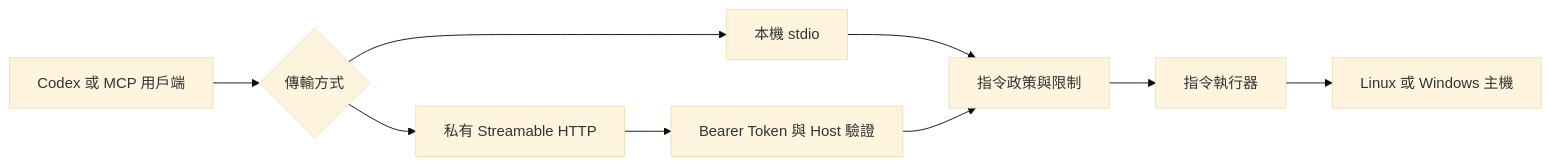
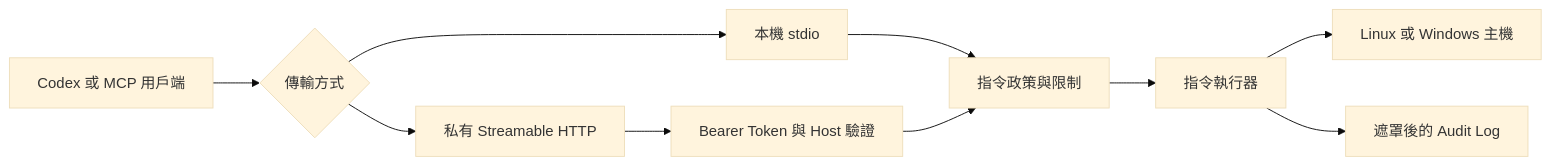
The diagram in README.zh-TW.md (HsinPu/command-bridge-mcp-server), drawn with Mermaid (base theme) before and after one commit. The commit also changed other lines of this file and 24 other files, not shown here.

Commit message:
feat: add cross-platform command audit log

````diff
--- a/README.zh-TW.md
+++ b/README.zh-TW.md
@@ -118,20 +141,18 @@
-```mermaid
+~~~mermaid
 flowchart LR
-    CLIENT["Codex 或 MCP 用戶端"]
-    TRANSPORT{"傳輸方式"}
-    STDIO["本機 stdio"]
-    HTTP["私有 Streamable HTTP"]
-    AUTH["Bearer Token 與 Host 驗證"]
-    POLICY["指令政策與限制"]
-    EXECUTOR["指令執行器"]
-    HOST["Linux 或 Windows 主機"]
+    client["Codex 或 MCP 用戶端"]
+    transport{"傳輸方式"}
+    stdio["本機 stdio"]
+    http["私有 Streamable HTTP"]
+    auth["Bearer Token 與 Host 驗證"]
+    policy["指令政策與限制"]
+    executor["指令執行器"]
+    audit["遮罩後的 Audit Log"]
+    host["Linux 或 Windows 主機"]
 
-    CLIENT --> TRANSPORT
-    TRANSPORT --> STDIO
-    TRANSPORT --> HTTP
-    HTTP --> AUTH
-    STDIO --> POLICY
-    AUTH --> POLICY
-    POLICY --> EXECUTOR
-    EXECUTOR --> HOST
-```
+    client --> transport
+    transport --> stdio --> policy
+    transport --> http --> auth --> policy
+    policy --> executor --> host
+    executor --> audit
+~~~
````
